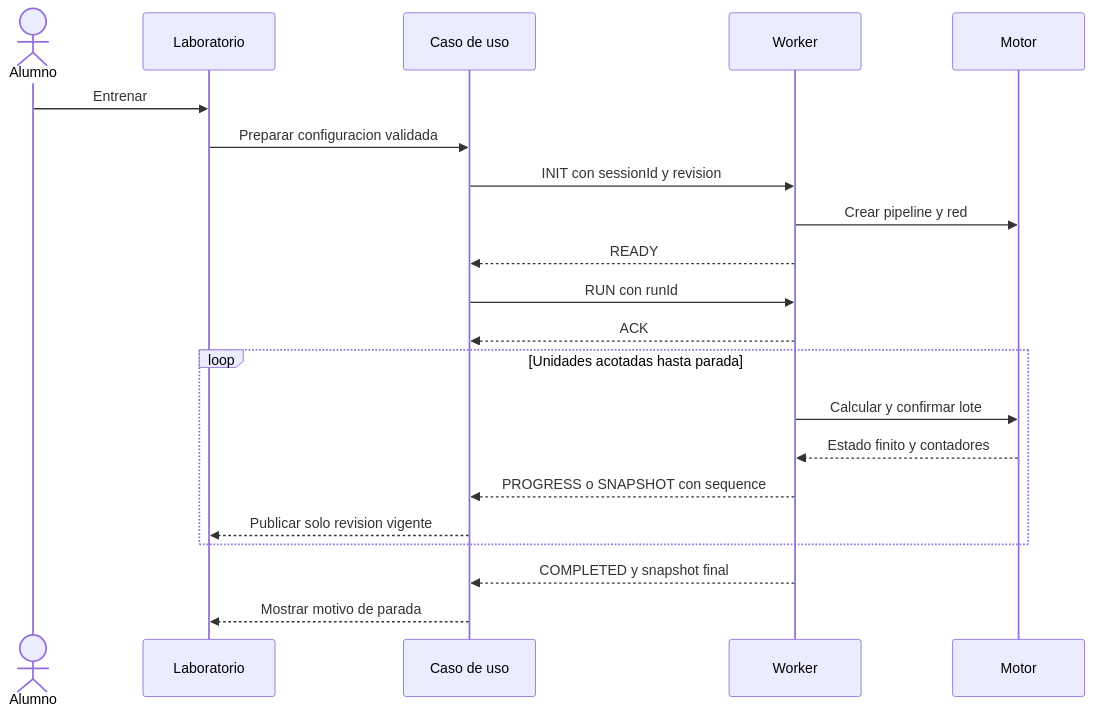
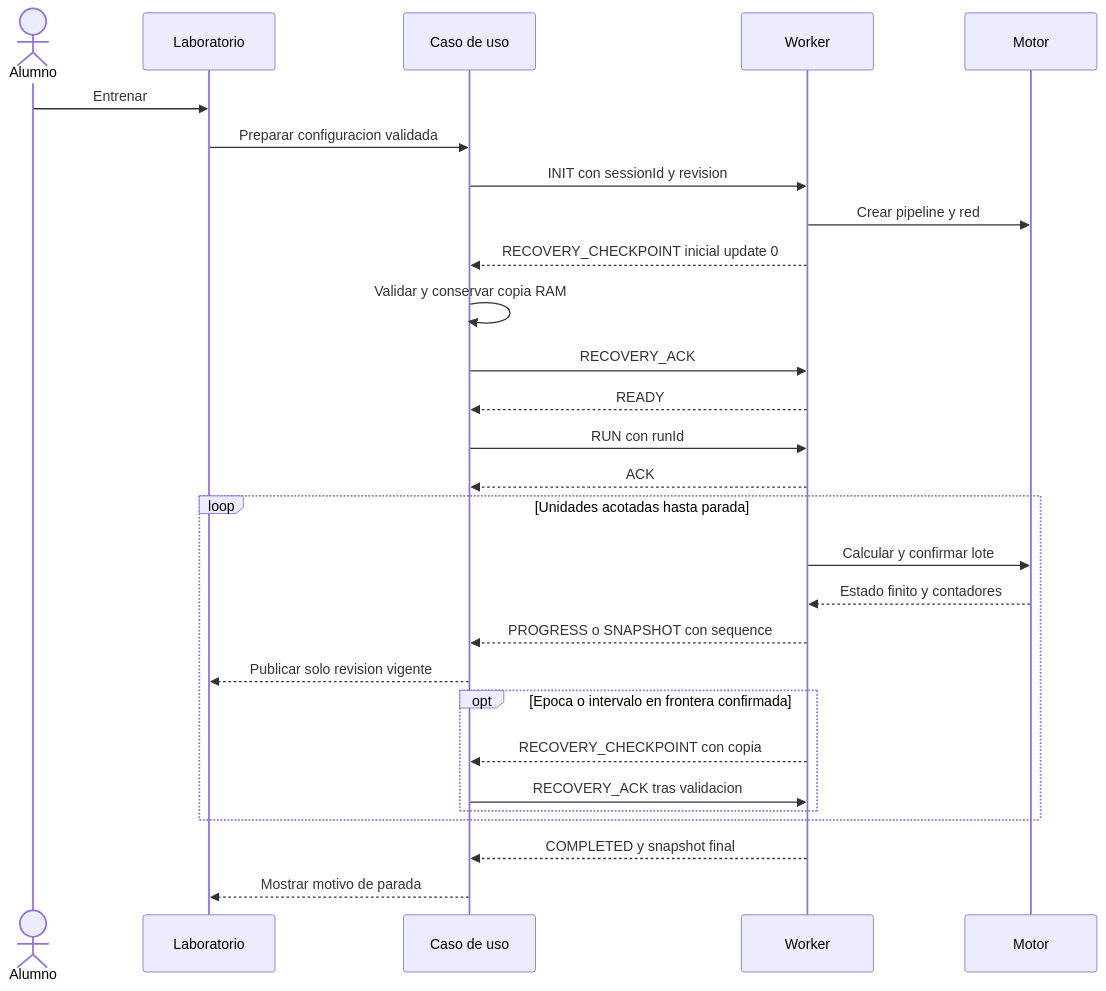
The fifth of 26 diagrams in docs/15-diagramas.md (franmatias/neural-atlas), drawn with Mermaid before and after one commit. The commit also changed other lines of this file and 65 other files, not shown here.

Commit message:
docs: validate revised design diagrams and GitHub publication target

````diff
--- a/docs/15-diagramas.md
+++ b/docs/15-diagramas.md
@@ -134,23 +143,30 @@
 ```mermaid
 sequenceDiagram
   actor A as Alumno
   participant UI as Laboratorio
   participant C as Caso de uso
   participant W as Worker
   participant M as Motor
   A->>UI: Entrenar
   UI->>C: Preparar configuracion validada
   C->>W: INIT con sessionId y revision
   W->>M: Crear pipeline y red
+  W-->>C: RECOVERY_CHECKPOINT inicial update 0
+  C->>C: Validar y conservar copia RAM
+  C->>W: RECOVERY_ACK
   W-->>C: READY
   C->>W: RUN con runId
   W-->>C: ACK
   loop Unidades acotadas hasta parada
     W->>M: Calcular y confirmar lote
     M-->>W: Estado finito y contadores
     W-->>C: PROGRESS o SNAPSHOT con sequence
     C-->>UI: Publicar solo revision vigente
+    opt Epoca o intervalo en frontera confirmada
+      W-->>C: RECOVERY_CHECKPOINT con copia
+      C->>W: RECOVERY_ACK tras validacion
+    end
   end
   W-->>C: COMPLETED y snapshot final
   C-->>UI: Mostrar motivo de parada
 ```
````
